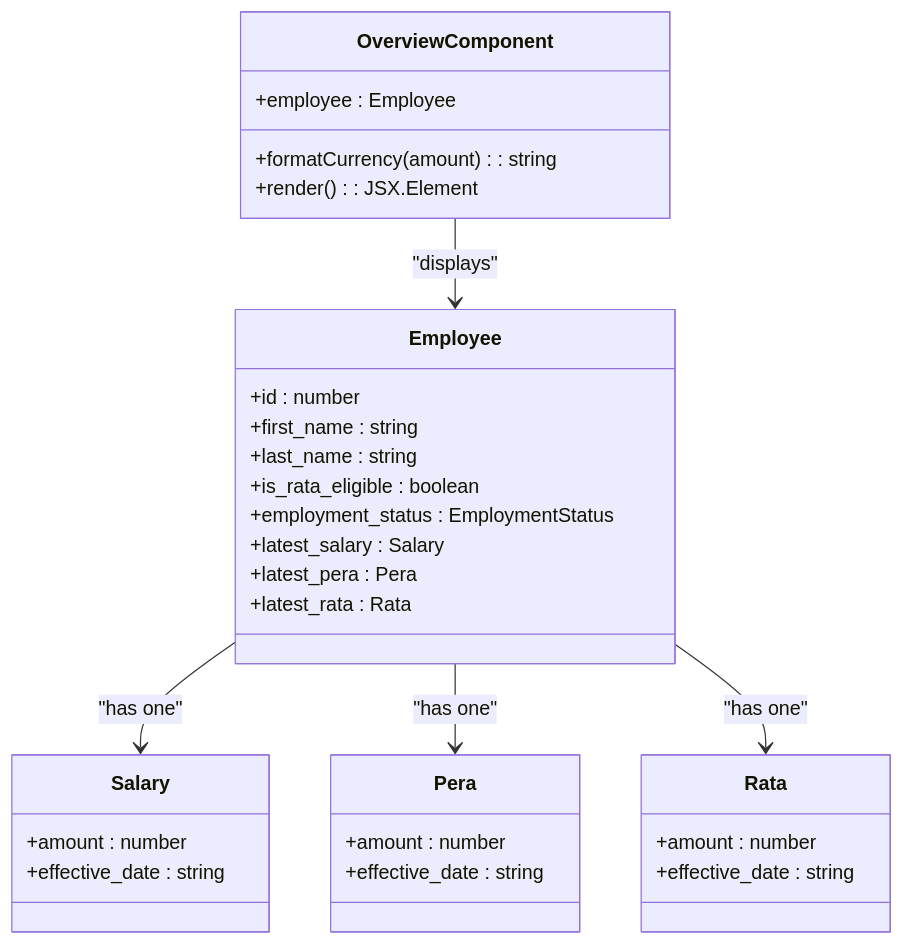
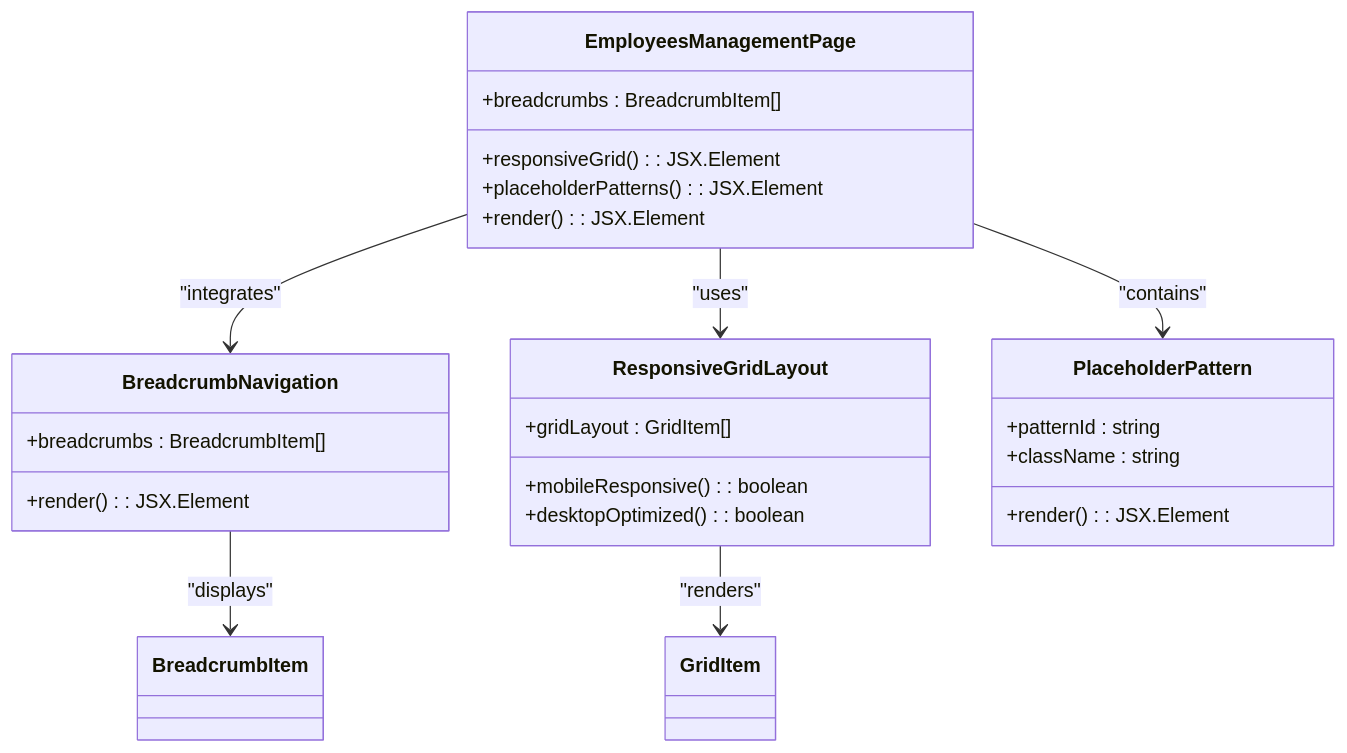
The third of 6 diagrams in .qoder/repowiki/en/content/Employee Management/Employee Overview Dashboard.md (vincet0t15/template), drawn with Mermaid before and after one commit. The commit also changed other lines of this file and 9 other files, not shown here.

````diff
--- a/.qoder/repowiki/en/content/Employee Management/Employee Overview Dashboard.md
+++ b/.qoder/repowiki/en/content/Employee Management/Employee Overview Dashboard.md
@@ -128,34 +149,28 @@
 ```mermaid
 classDiagram
-class OverviewComponent {
-+employee : Employee
-+formatCurrency(amount) : string
+class EmployeesManagementPage {
++breadcrumbs : BreadcrumbItem[]
++responsiveGrid() : JSX.Element
++placeholderPatterns() : JSX.Element
 +render() : JSX.Element
 }
-class Employee {
-+id : number
-+first_name : string
-+last_name : string
-+is_rata_eligible : boolean
-+employment_status : EmploymentStatus
-+latest_salary : Salary
-+latest_pera : Pera
-+latest_rata : Rata
+class BreadcrumbNavigation {
++breadcrumbs : BreadcrumbItem[]
++render() : JSX.Element
 }
-class Salary {
-+amount : number
-+effective_date : string
+class ResponsiveGridLayout {
++gridLayout : GridItem[]
++mobileResponsive() : boolean
++desktopOptimized() : boolean
 }
-class Pera {
-+amount : number
-+effective_date : string
+class PlaceholderPattern {
++patternId : string
++className : string
++render() : JSX.Element
 }
-class Rata {
-+amount : number
-+effective_date : string
-}
-OverviewComponent --> Employee : "displays"
-Employee --> Salary : "has one"
-Employee --> Pera : "has one"
-Employee --> Rata : "has one"
+EmployeesManagementPage --> BreadcrumbNavigation : "integrates"
+EmployeesManagementPage --> ResponsiveGridLayout : "uses"
+EmployeesManagementPage --> PlaceholderPattern : "contains"
+BreadcrumbNavigation --> BreadcrumbItem : "displays"
+ResponsiveGridLayout --> GridItem : "renders"
 ```
````
